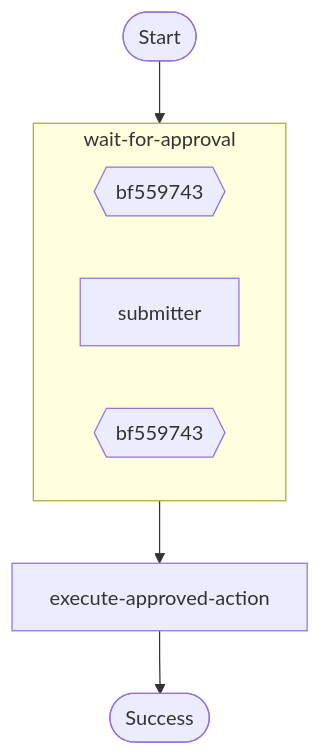
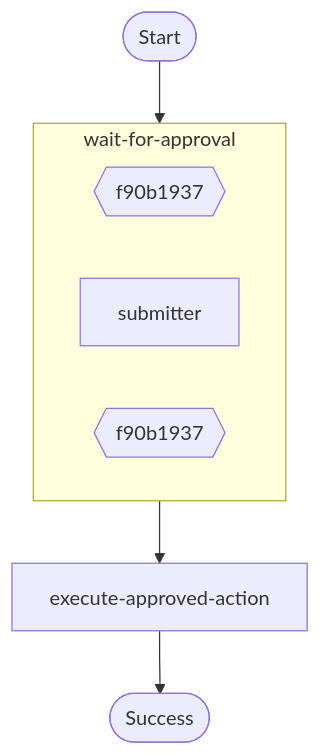
One commit to guyernest/lambda-durable-execution-rust changed the diagram in examples/diagrams/callback_example.mermaid. Above: the diagram before and after it, drawn with Mermaid. The commit also changed 34 other files, not shown here.

First line of the commit message:
feat(examples): add parallel_named + regenerate diagrams

```diff
--- a/examples/diagrams/callback_example.mermaid
+++ b/examples/diagrams/callback_example.mermaid
@@ -1,10 +1,10 @@
 flowchart TD
-    n_6975be56_d218_34_start([Start])
-    subgraph n_fe6725a4628f543a["wait-for-approval"]
-        n_bf55974300301ed0_Call_3{{"bf559743"}}
-        n_79060d944e077c96_Step_4["submitter"]
-        n_bf55974300301ed0_Call_6{{"bf559743"}}
+    n_7e9f1431_56d1_35_start([Start])
+    subgraph n_84e6db23691ed51a["wait-for-approval"]
+        n_f90b19374af6e392_Call_3{{"f90b1937"}}
+        n_f3c00e074eae4944_Step_4["submitter"]
+        n_f90b19374af6e392_Call_6{{"f90b1937"}}
     end
-    n_3846c1f1d539f384_Step_8["execute-approved-action"]
-    n_6975be56_d218_34_end([Success])
-    n_6975be56_d218_34_start --> n_fe6725a4628f543a --> n_3846c1f1d539f384_Step_8 --> n_6975be56_d218_34_end
+    n_6319c6143baf4582_Step_8["execute-approved-action"]
+    n_7e9f1431_56d1_35_end([Success])
+    n_7e9f1431_56d1_35_start --> n_84e6db23691ed51a --> n_6319c6143baf4582_Step_8 --> n_7e9f1431_56d1_35_end
```
